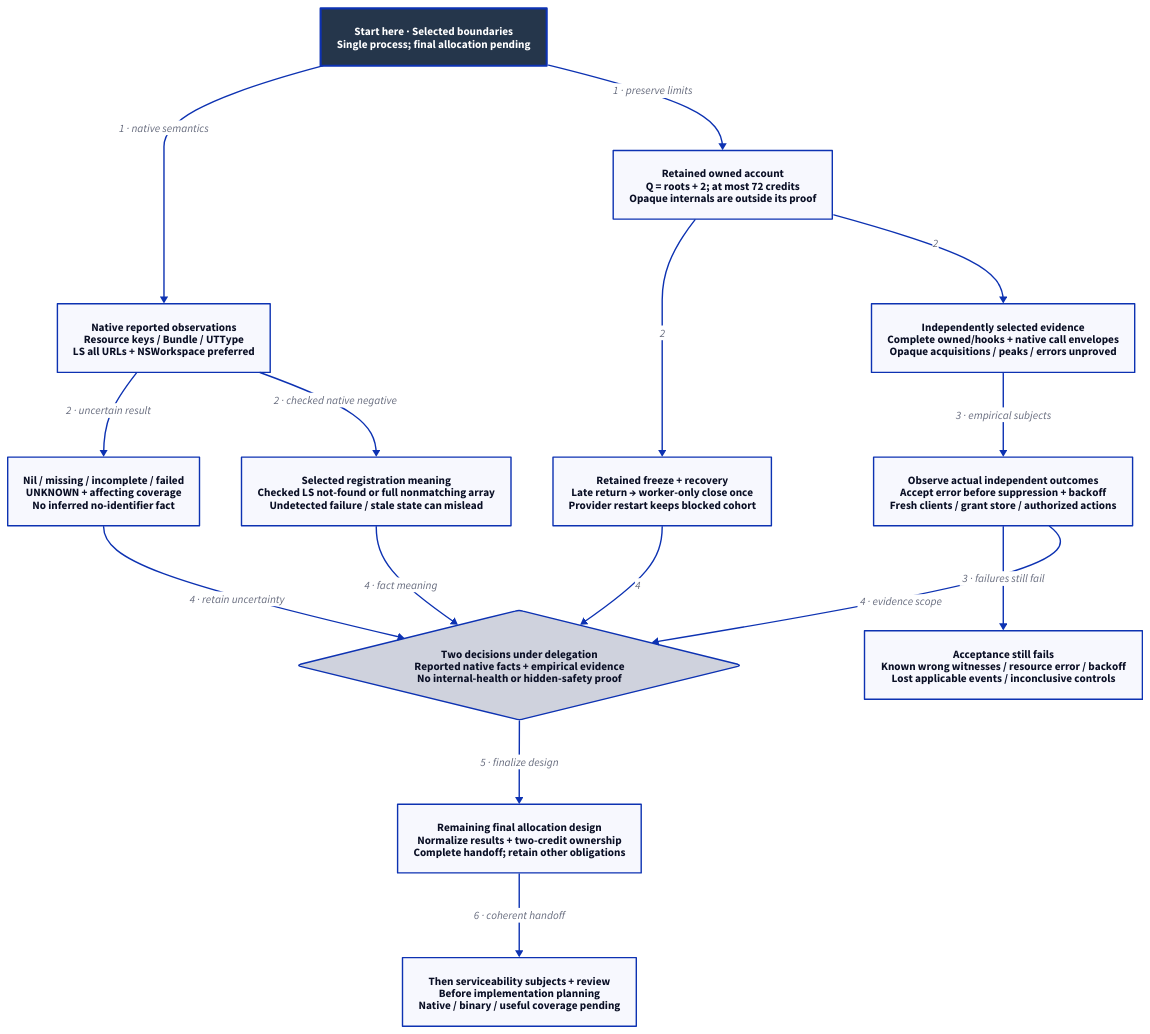
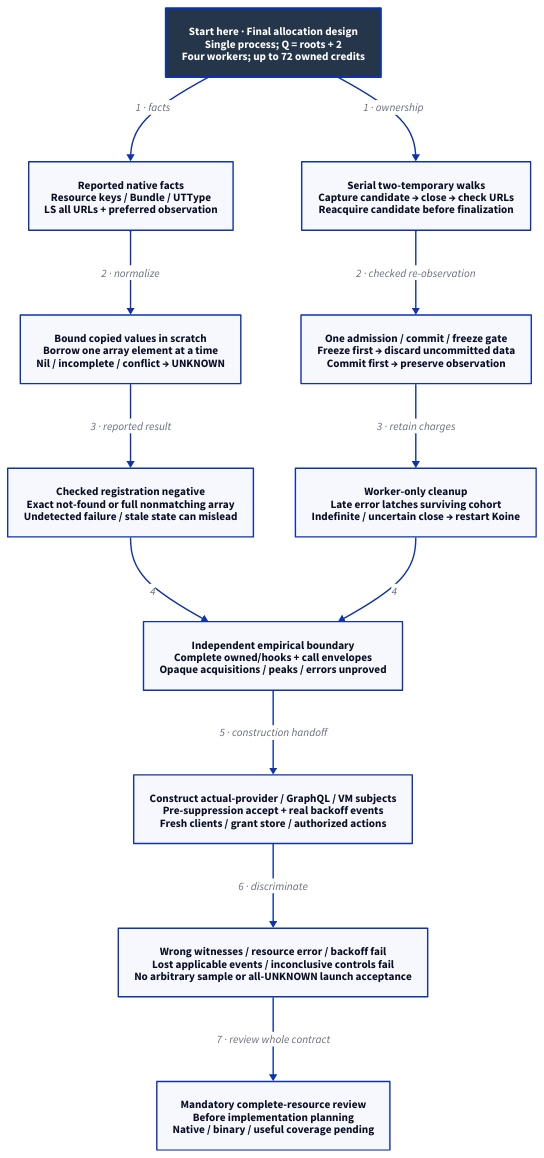
One commit to Linkuistics/Koine changed the diagram in docs/design/architecture/search-resources.d2. Above: the diagram before and after it, drawn with D2. The commit also changed 23 other files, not shown here.

First line of the commit message:
search-observation-contract-k119: finalize in-process allocation

```diff
--- a/docs/design/architecture/search-resources.d2
+++ b/docs/design/architecture/search-resources.d2
@@ -1,31 +1,27 @@
-# Two requirements boundaries selected under delegated judgment; final allocation and acceptance pending.
+# Final in-process allocation design; construction, review and native acceptance pending.
 direction: down
 classes: {
   start: {style: {fill: "#25364B"; font-color: "#FFFFFF"; bold: true; stroke-width: 3}}
 }
-Start: "Start here · Selected boundaries\nSingle process; final allocation pending" {class: start}
-Calls: "Native reported observations\nResource keys / Bundle / UTType\nLS all URLs + NSWorkspace preferred"
-Unknown: "Nil / missing / incomplete / failed\nUNKNOWN + affecting coverage\nNo inferred no-identifier fact"
-Negative: "Selected registration meaning\nChecked LS not-found or full nonmatching array\nUndetected failure / stale state can mislead"
-Ownership: "Retained owned account\nQ = roots + 2; at most 72 credits\nOpaque internals are outside its proof"
-Lifetime: "Retained freeze + recovery\nLate return → worker-only close once\nProvider restart keeps blocked cohort"
-Evidence: "Independently selected evidence\nComplete owned/hooks + native call envelopes\nOpaque acquisitions / peaks / errors unproved"
-Listener: "Observe actual independent outcomes\nAccept error before suppression + backoff\nFresh clients / grant store / authorized actions"
-Failures: "Acceptance still fails\nKnown wrong witnesses / resource error / backoff\nLost applicable events / inconclusive controls"
-Decision: "Two decisions under delegation\nReported native facts + empirical evidence\nNo internal-health or hidden-safety proof" {shape: diamond}
-Contract: "Remaining final allocation design\nNormalize results + two-credit ownership\nComplete handoff; retain other obligations"
-Pending: "Then serviceability subjects + review\nBefore implementation planning\nNative / binary / useful coverage pending"
-Start -> Calls: "1 · native semantics"
-Start -> Ownership: "1 · preserve limits"
-Calls -> Unknown: "2 · uncertain result"
-Calls -> Negative: "2 · checked native negative"
-Ownership -> Lifetime: "2"
-Ownership -> Evidence: "2"
-Evidence -> Listener: "3 · empirical subjects"
-Listener -> Failures: "3 · failures still fail"
-Unknown -> Decision: "4 · retain uncertainty"
-Negative -> Decision: "4 · fact meaning"
-Listener -> Decision: "4 · evidence scope"
-Lifetime -> Decision: "4"
-Decision -> Contract: "5 · finalize design"
-Contract -> Pending: "6 · coherent handoff"
+Start: "Start here · Final allocation design\nSingle process; Q = roots + 2\nFour workers; up to 72 owned credits" {class: start}
+Facts: "Reported native facts\nResource keys / Bundle / UTType\nLS all URLs + preferred observation"
+Values: "Bound copied values in scratch\nBorrow one array element at a time\nNil / incomplete / conflict → UNKNOWN"
+Meaning: "Checked registration negative\nExact not-found or full nonmatching array\nUndetected failure / stale state can mislead"
+Ownership: "Serial two-temporary walks\nCapture candidate → close → check URLs\nReacquire candidate before finalization"
+Gate: "One admission / commit / freeze gate\nFreeze first → discard uncommitted data\nCommit first → preserve observation"
+Recovery: "Worker-only cleanup\nLate error latches surviving cohort\nIndefinite / uncertain close → restart Koine"
+Evidence: "Independent empirical boundary\nComplete owned/hooks + call envelopes\nOpaque acquisitions / peaks / errors unproved"
+Subjects: "Construct actual-provider / GraphQL / VM subjects\nPre-suppression accept + real backoff events\nFresh clients / grant store / authorized actions"
+Failures: "Wrong witnesses / resource error / backoff fail\nLost applicable events / inconclusive controls fail\nNo arbitrary sample or all-UNKNOWN launch acceptance"
+Review: "Mandatory complete-resource review\nBefore implementation planning\nNative / binary / useful coverage pending"
+Start -> Facts: "1 · facts"
+Start -> Ownership: "1 · ownership"
+Facts -> Values: "2 · normalize"
+Values -> Meaning: "3 · reported result"
+Ownership -> Gate: "2 · checked re-observation"
+Gate -> Recovery: "3 · retain charges"
+Meaning -> Evidence: "4"
+Recovery -> Evidence: "4"
+Evidence -> Subjects: "5 · construction handoff"
+Subjects -> Failures: "6 · discriminate"
+Failures -> Review: "7 · review whole contract"
```
